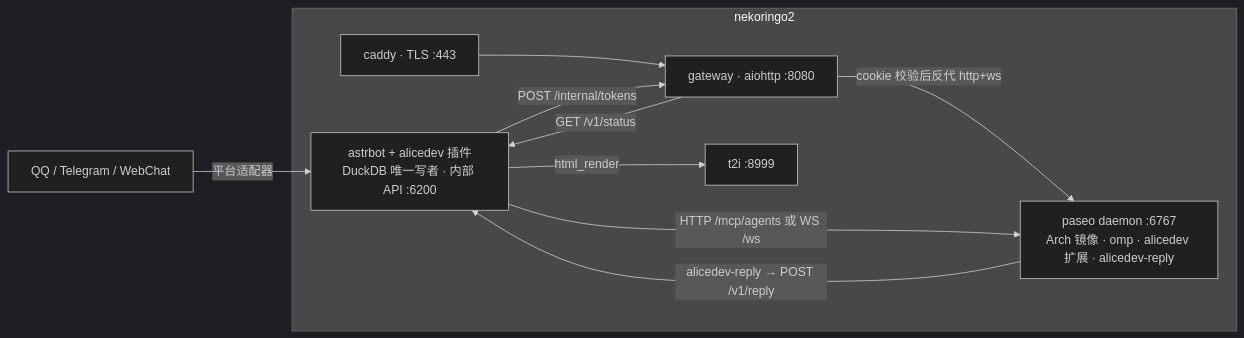
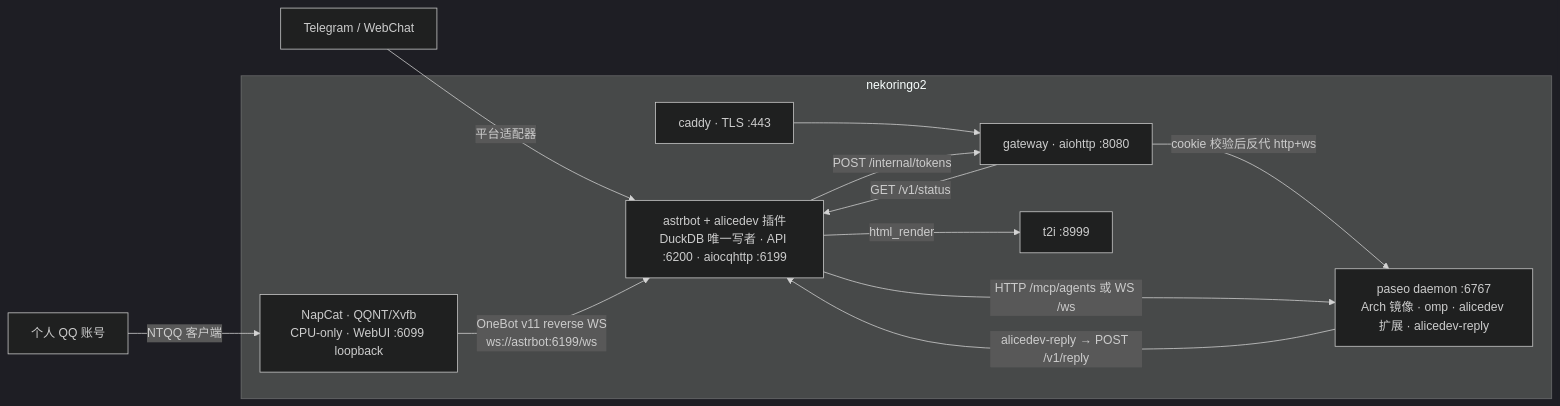
One commit to mouriya-s-lab/alicedev changed the first of 2 diagrams in ARCHITECTURE.md. Above: the diagram before and after it, drawn with Mermaid (dark theme). The commit also changed other lines of this file and 31 other files, not shown here.

````diff
--- a/ARCHITECTURE.md
+++ b/ARCHITECTURE.md
@@ -11,14 +11,17 @@
 ```mermaid
 flowchart LR
-  QQ[QQ / Telegram / WebChat] -->|平台适配器| astr
+  QQ[个人 QQ 账号] -->|NTQQ 客户端| nap
+  TG[Telegram / WebChat] -->|平台适配器| astr
   subgraph host[nekoringo2]
     caddy[caddy · TLS :443] --> gw[gateway · aiohttp :8080]
     gw -->|cookie 校验后反代 http+ws| paseo
     gw -->|GET /v1/status| astr
-    astr[astrbot + alicedev 插件<br/>DuckDB 唯一写者 · 内部 API :6200]
+    nap[NapCat · QQNT/Xvfb<br/>CPU-only · WebUI :6099 loopback]
+    nap -->|OneBot v11 reverse WS<br/>ws://astrbot:6199/ws| astr
+    astr[astrbot + alicedev 插件<br/>DuckDB 唯一写者 · API :6200 · aiocqhttp :6199]
     astr -->|HTTP /mcp/agents 或 WS /ws| paseo[paseo daemon :6767<br/>Arch 镜像 · omp · alicedev 扩展 · alicedev-reply]
     paseo -->|alicedev-reply → POST /v1/reply| astr
     astr -->|html_render| t2i[t2i :8999]
     astr -->|POST /internal/tokens| gw
   end
 ```
````
